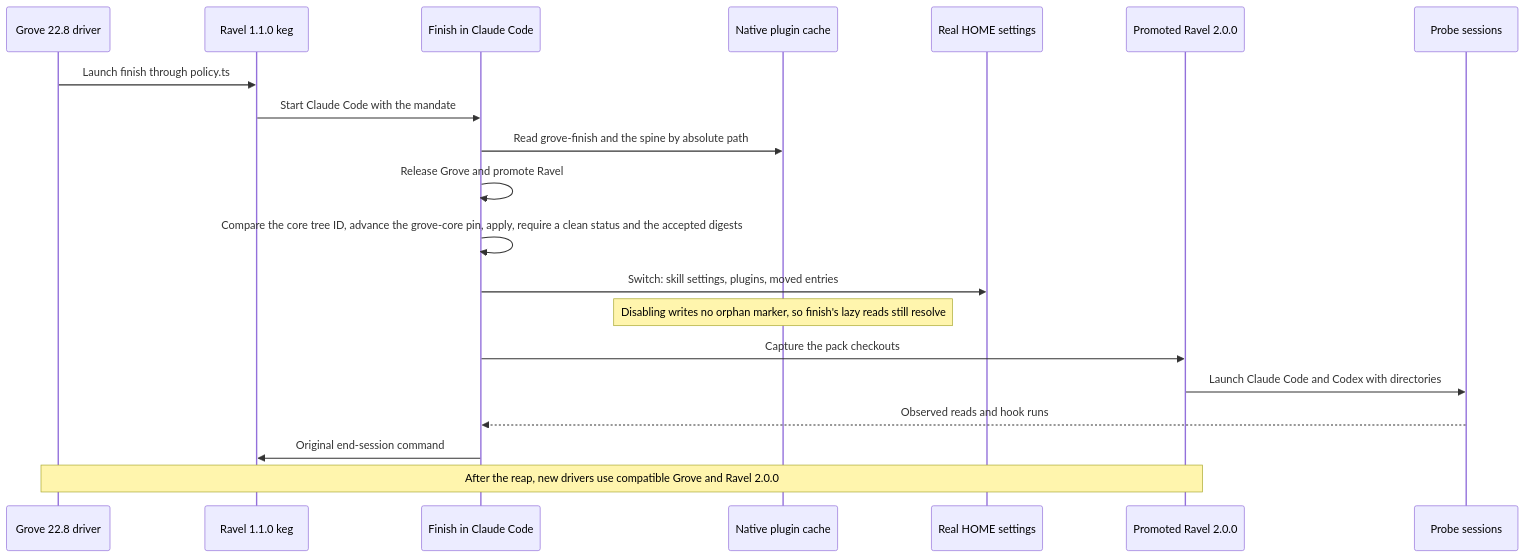
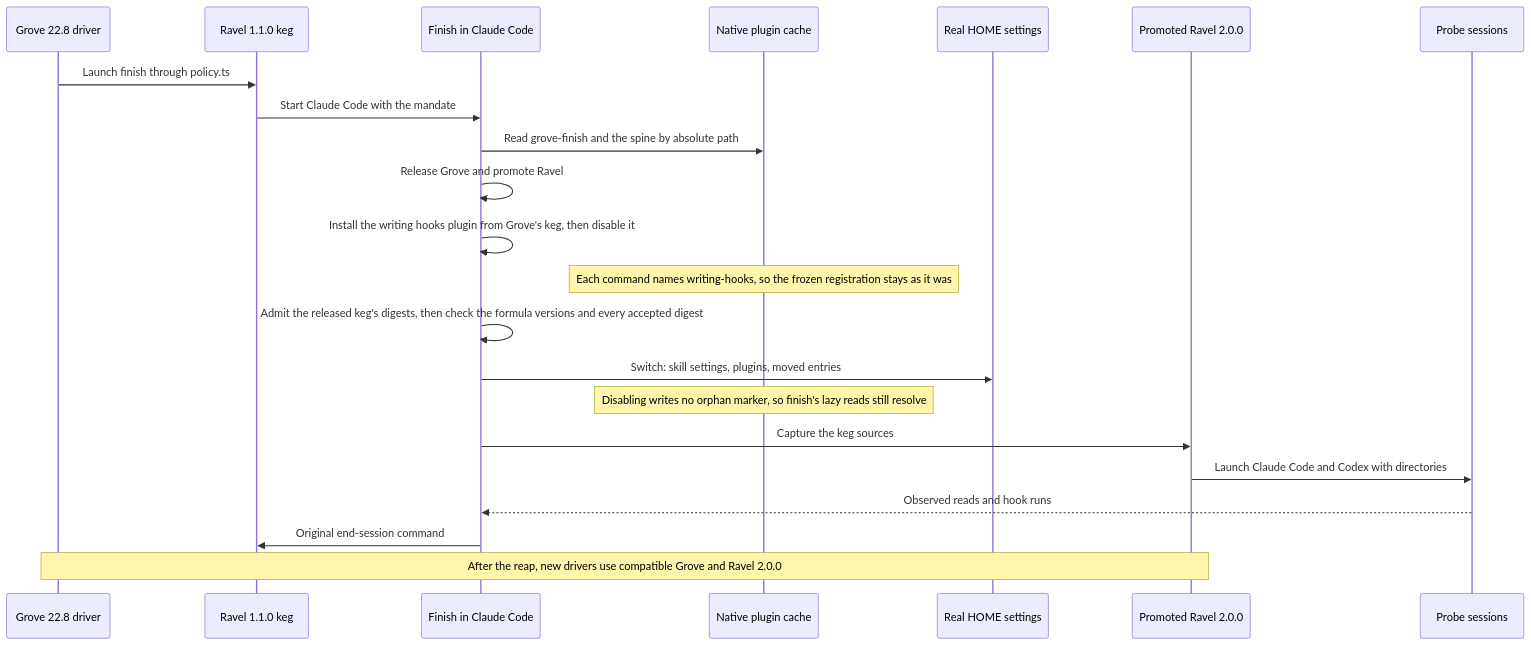
Before and after one commit to Linkuistics/grove: the diagram in docs/design/harness-selection-and-execution/owner-final-session.mmd, drawn with Mermaid. The commit also changed 44 other files, not shown here.

```diff
--- a/docs/design/harness-selection-and-execution/owner-final-session.mmd
+++ b/docs/design/harness-selection-and-execution/owner-final-session.mmd
@@ -1,20 +1,22 @@
 sequenceDiagram
     participant D as Grove 22.8 driver
     participant R1 as Ravel 1.1.0 keg
     participant F as Finish in Claude Code
     participant N as Native plugin cache
     participant H as Real HOME settings
     participant R2 as Promoted Ravel 2.0.0
     participant P as Probe sessions
     D->>R1: Launch finish through policy.ts
     R1->>F: Start Claude Code with the mandate
     F->>N: Read grove-finish and the spine by absolute path
     F->>F: Release Grove and promote Ravel
-    F->>F: Compare the core tree ID, advance the grove-core pin, apply, require a clean status and the accepted digests
+    F->>F: Install the writing hooks plugin from Grove's keg, then disable it
+    Note over N: Each command names writing-hooks, so the frozen registration stays as it was
+    F->>F: Admit the released keg's digests, then check the formula versions and every accepted digest
     F->>H: Switch: skill settings, plugins, moved entries
     Note over N: Disabling writes no orphan marker, so finish's lazy reads still resolve
-    F->>R2: Capture the pack checkouts
+    F->>R2: Capture the keg sources
     R2->>P: Launch Claude Code and Codex with directories
     P-->>F: Observed reads and hook runs
     F->>R1: Original end-session command
     Note over D,R2: After the reap, new drivers use compatible Grove and Ravel 2.0.0
```
